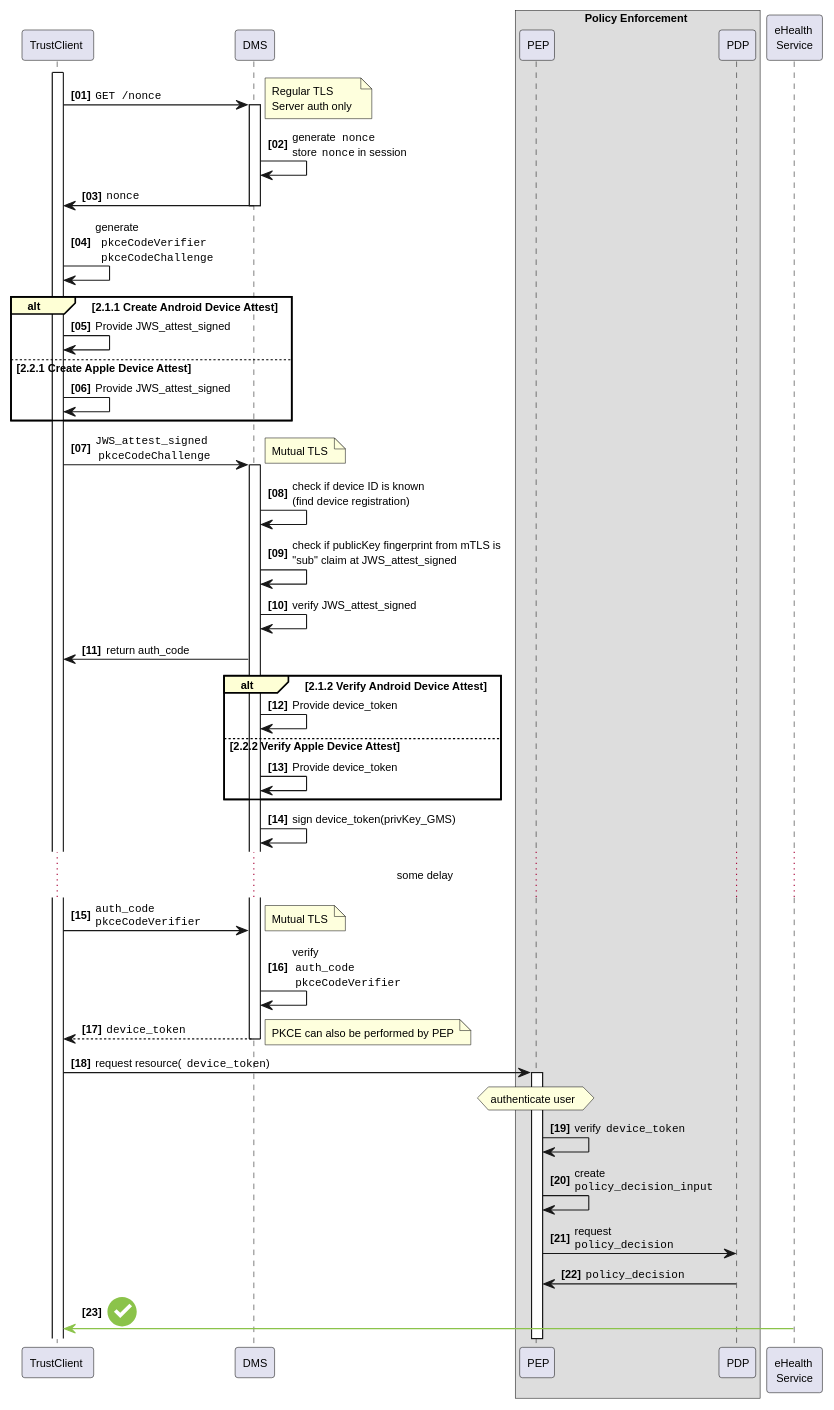
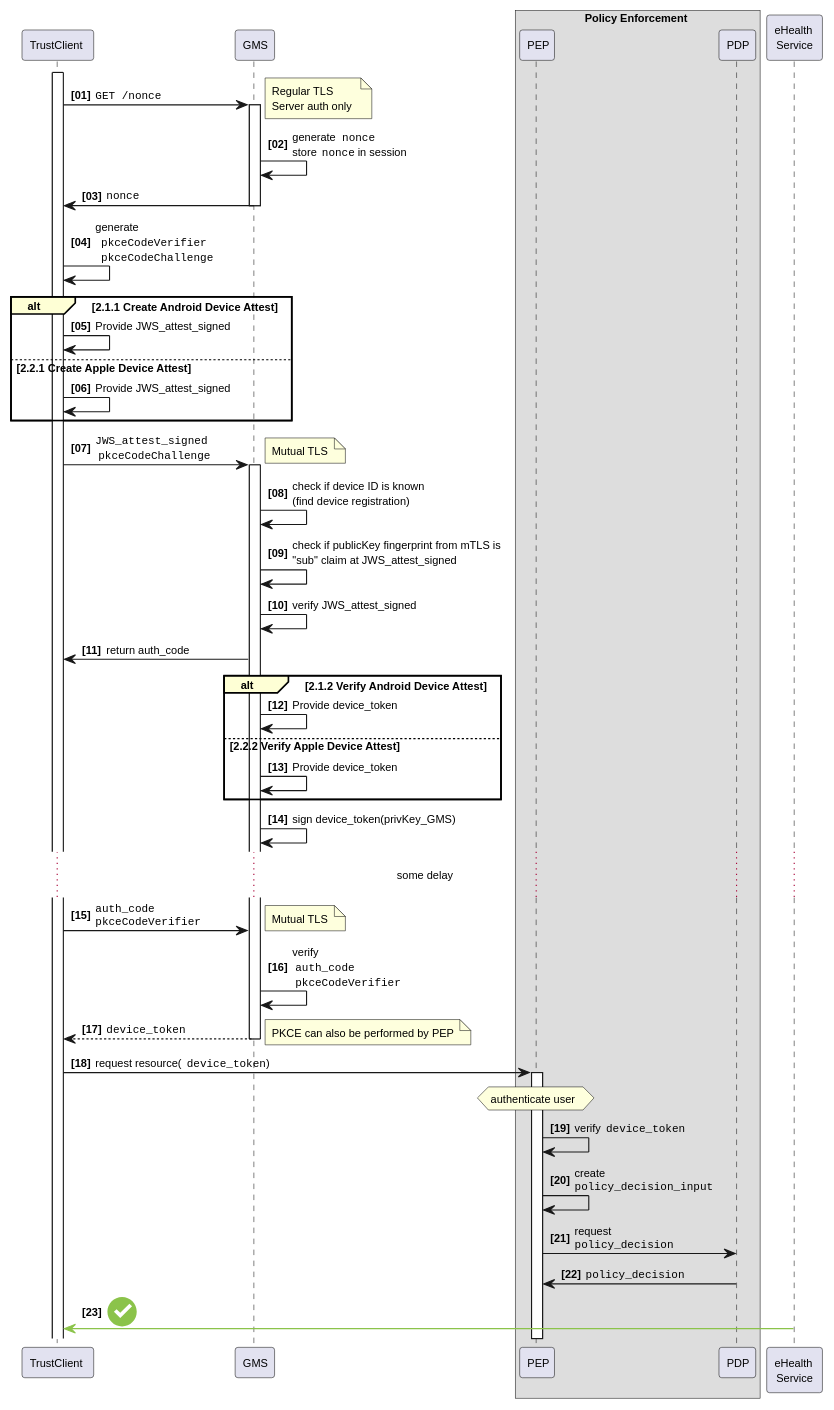
Before and after one commit to gematik/poc-dsr-documentation: the diagram in content/en/docs/rfcs/dsr-rfc-02/main_flow.puml, drawn with PlantUML. The commit also changed 15 other files, not shown here.

Commit message:
resolved GMS - DMS ambiguity

```diff
--- a/content/en/docs/rfcs/dsr-rfc-02/main_flow.puml
+++ b/content/en/docs/rfcs/dsr-rfc-02/main_flow.puml
@@ -1,89 +1,89 @@
 @startuml DSR-RFC-02 Main Flow
 autonumber "<b>[00]"
 skinparam defaultFontSize 10
 skinparam defaultFontName Helvetica
 skinparam DefaultMonospacedFontName Courier
 skinparam lengthAdjust none
 
 activate TrustClient
 
-participant DMS
+participant GMS
 box "Policy Enforcement"
 participant PEP
 participant PDP
 end box
 participant Backend as "eHealth\nService"
 
-TrustClient -> DMS++: ""GET /nonce""
+TrustClient -> GMS++: ""GET /nonce""
 note right
 Regular TLS
 Server auth only
 end note
-DMS -> DMS: generate ""nonce""\nstore ""nonce"" in session
-DMS -> TrustClient --: ""nonce""
+GMS -> GMS: generate ""nonce""\nstore ""nonce"" in session
+GMS -> TrustClient --: ""nonce""
 
 
 TrustClient -> TrustClient: generate\n  ""pkceCodeVerifier""\n  ""pkceCodeChallenge""
 
 alt#FEFFD5  2.1.1 Create Android Device Attest
 TrustClient -> TrustClient: Provide JWS_attest_signed 
 else 2.2.1 Create Apple Device Attest 
 TrustClient -> TrustClient: Provide JWS_attest_signed 
 end
 
 
-TrustClient -> DMS ++ : ""JWS_attest_signed"" \n ""pkceCodeChallenge""  
+TrustClient -> GMS ++ : ""JWS_attest_signed"" \n ""pkceCodeChallenge""  
 note right
 Mutual TLS
 end note
-DMS -> DMS: check if device ID is known\n(find device registration)
-DMS -> DMS: check if publicKey fingerprint from mTLS is\n"sub" claim at JWS_attest_signed
-DMS -> DMS: verify JWS_attest_signed  
-DMS -> TrustClient: return auth_code
+GMS -> GMS: check if device ID is known\n(find device registration)
+GMS -> GMS: check if publicKey fingerprint from mTLS is\n"sub" claim at JWS_attest_signed
+GMS -> GMS: verify JWS_attest_signed  
+GMS -> TrustClient: return auth_code
 
 alt#FEFFD5 2.1.2 Verify Android Device Attest 
-DMS -> DMS: Provide device_token 
+GMS -> GMS: Provide device_token 
 else 2.2.2 Verify Apple Device Attest
-DMS -> DMS: Provide device_token 
+GMS -> GMS: Provide device_token 
 end
 
-DMS -> DMS: sign device_token(privKey_GMS)
+GMS -> GMS: sign device_token(privKey_GMS)
  
  ... some delay ...
  
-TrustClient -> DMS: ""auth_code""\n""pkceCodeVerifier""
+TrustClient -> GMS: ""auth_code""\n""pkceCodeVerifier""
 note right
 Mutual TLS
 end note
-DMS -> DMS: verify\n ""auth_code""\n ""pkceCodeVerifier""
+GMS -> GMS: verify\n ""auth_code""\n ""pkceCodeVerifier""
 return ""device_token""
 note right
 PKCE can also be performed by PEP
 end note
 
 TrustClient -> PEP ++: request resource(""device_token"")
 hnote over PEP: authenticate user
 PEP -> PEP: verify ""device_token""
 PEP -> PEP: create \n""policy_decision_input""
 
 PEP -> PDP: request \n""policy_decision""
 PDP -> PEP: ""policy_decision""
 
 Backend -[#8BC34A]> TrustClient: <font color="#8BC34A"><&circle-check*4.0>
    
 
 /'
 group Android
 TrustClient -> TrustClient: trigger Play Integrity API(nonce_PlayIntegrityAPI),\n\tcreate keypair keypair_attest_derived(pubkey_mTLS),\n\tAttestCert_derived(nonce_attest_derived),\n\tcollect device_attributes_security
 TrustClient -> TrustClient: create JWT_attest(\n\tTYPE_ANDROID,\n\tintegrity_verdict,\n\tAttestCert_derived,\n\tdevice_attributes_security,\n\tnonce)
 TrustClient -> TrustClient: sign JWT_attest with keypair_attest_derived
 end Android
 
 group Apple
 TrustClient -> TrustClient: trigger AppAttestAPI assertion(\n\tnonce_attest_derived | fingerprint(pubkey_mTLS)\n),\ncollect device_attributes_security
 TrustClient -> TrustClient: create JWT_attest(\n\tTYPE_iOS,\n\tassertion,\n\tdevice_attributes_security,\n\tnonce)
 TrustClient -> TrustClient: sign JWT_attest with keypair_attest_sign
 end Apple
 '/
 
 @enduml
```
